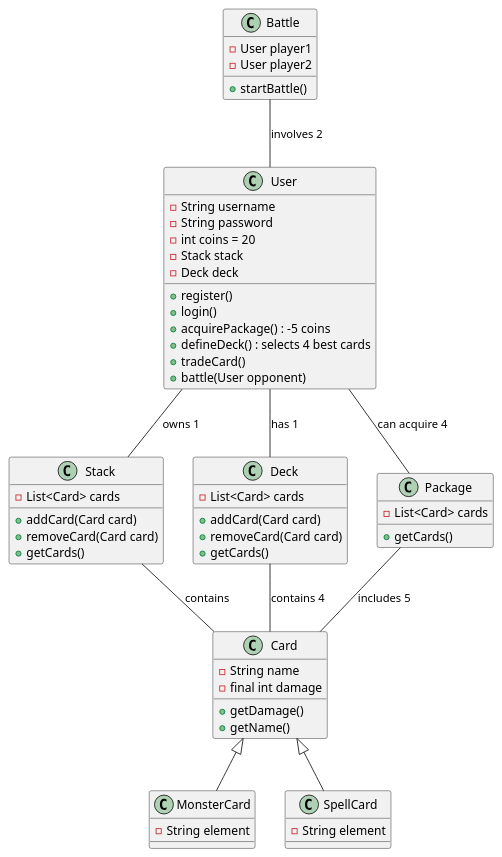
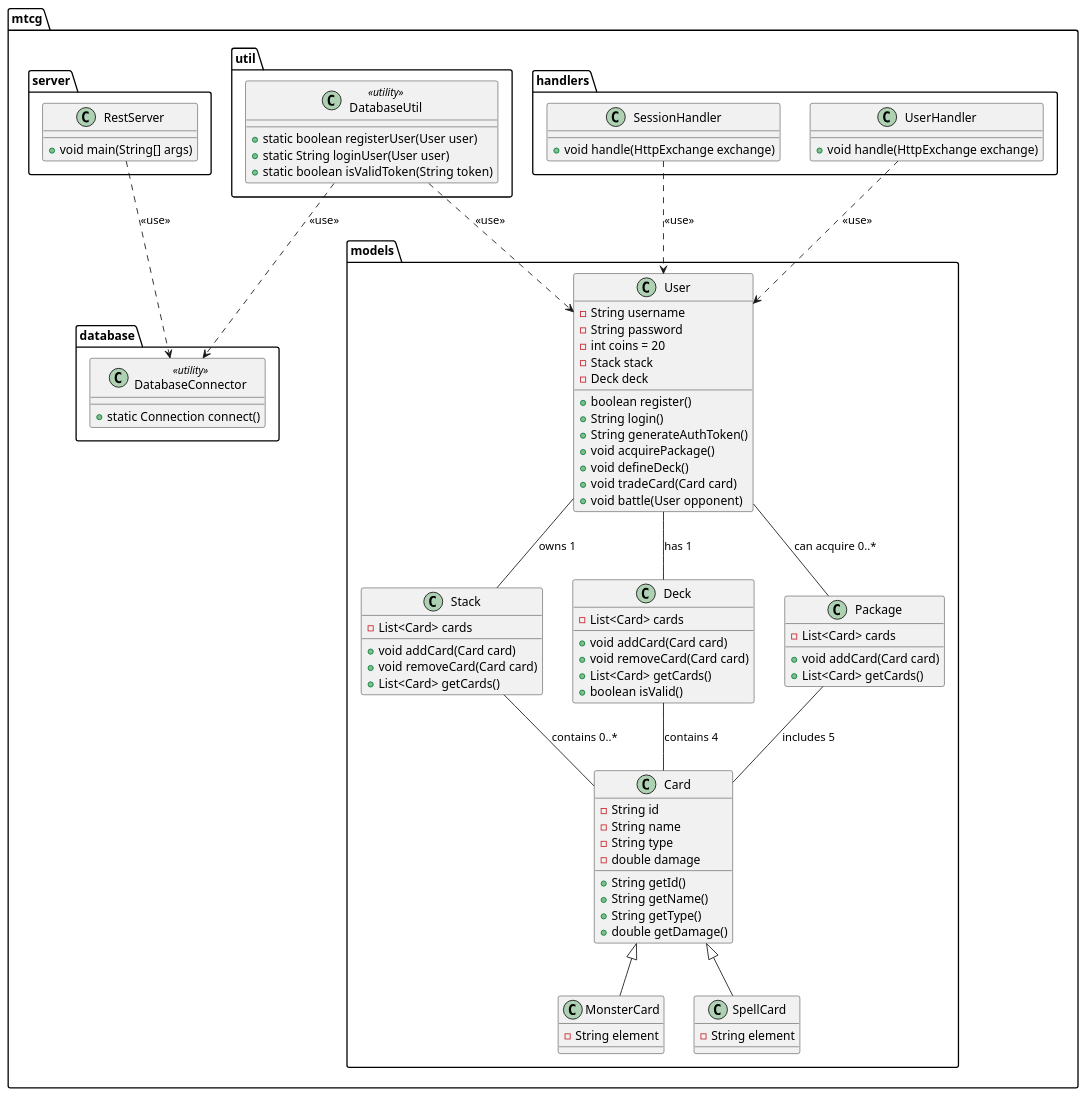
Before and after one commit to if23b011/mtcg-server: the diagram in docs/mtcg_classes.puml, drawn with PlantUML. The commit also changed 1 other file, not shown here.

```diff
--- a/docs/mtcg_classes.puml
+++ b/docs/mtcg_classes.puml
@@ -1,65 +1,103 @@
 @startuml
 
-class User {
-    - String username
-    - String password
-    - int coins = 20
-    - Stack stack
-    - Deck deck
-    + register()
-    + login()
-    + acquirePackage() : -5 coins
-    + defineDeck() : selects 4 best cards
-    + tradeCard()
-    + battle(User opponent)
+package mtcg.models {
+    class User {
+        - String username
+        - String password
+        - int coins = 20
+        - Stack stack
+        - Deck deck
+        + boolean register()
+        + String login()
+        + String generateAuthToken()
+        + void acquirePackage()
+        + void defineDeck()
+        + void tradeCard(Card card)
+        + void battle(User opponent)
+    }
+
+    class Card {
+        - String id
+        - String name
+        - String type
+        - double damage
+        + String getId()
+        + String getName()
+        + String getType()
+        + double getDamage()
+    }
+
+    class MonsterCard extends Card {
+        - String element
+    }
+
+    class SpellCard extends Card {
+        - String element
+    }
+
+    class Stack {
+        - List<Card> cards
+        + void addCard(Card card)
+        + void removeCard(Card card)
+        + List<Card> getCards()
+    }
+
+    class Deck {
+        - List<Card> cards
+        + void addCard(Card card)
+        + void removeCard(Card card)
+        + List<Card> getCards()
+        + boolean isValid()
+    }
+
+    class Package {
+        - List<Card> cards
+        + void addCard(Card card)
+        + List<Card> getCards()
+    }
 }
 
-class Card {
-    - String name
-    - final int damage
-    + getDamage()
-    + getName()
+
+package mtcg.handlers {
+    class UserHandler {
+        + void handle(HttpExchange exchange)
+    }
+
+    class SessionHandler {
+        + void handle(HttpExchange exchange)
+    }
 }
 
-class MonsterCard extends Card {
-    - String element
+package mtcg.database {
+    class DatabaseConnector <<utility>> {
+        + static Connection connect()
+    }
 }
 
-class SpellCard extends Card {
-    - String element
+package mtcg.util {
+    class DatabaseUtil <<utility>> {
+        + static boolean registerUser(User user)
+        + static String loginUser(User user)
+        + static boolean isValidToken(String token)
+    }
 }
 
-class Stack {
-    - List<Card> cards
-    + addCard(Card card)
-    + removeCard(Card card)
-    + getCards()
-}
-
-class Deck {
-    - List<Card> cards
-    + addCard(Card card)
-    + removeCard(Card card)
-    + getCards()
-}
-
-class Package {
-    - List<Card> cards
-    + getCards()
-}
-
-class Battle {
-    - User player1
-    - User player2
-    + startBattle()
+package mtcg.server {
+    class RestServer {
+        + void main(String[] args)
+    }
 }
 
 User -- Stack : "owns 1"
 User -- Deck : "has 1"
-User -- Package : "can acquire 4"
-Stack -- Card : "contains"
+User -- Package : "can acquire 0..*"
+Stack -- Card : "contains 0..*"
 Deck -- Card : "contains 4"
 Package -- Card : "includes 5"
-Battle -- User : "involves 2"
+UserHandler ..> User : "<<use>>"
+SessionHandler ..> User : "<<use>>"
+RestServer ..> DatabaseConnector : "<<use>>"
+DatabaseUtil ..> DatabaseConnector : "<<use>>"
+DatabaseUtil ..> User : "<<use>>"
 
 @enduml
```
